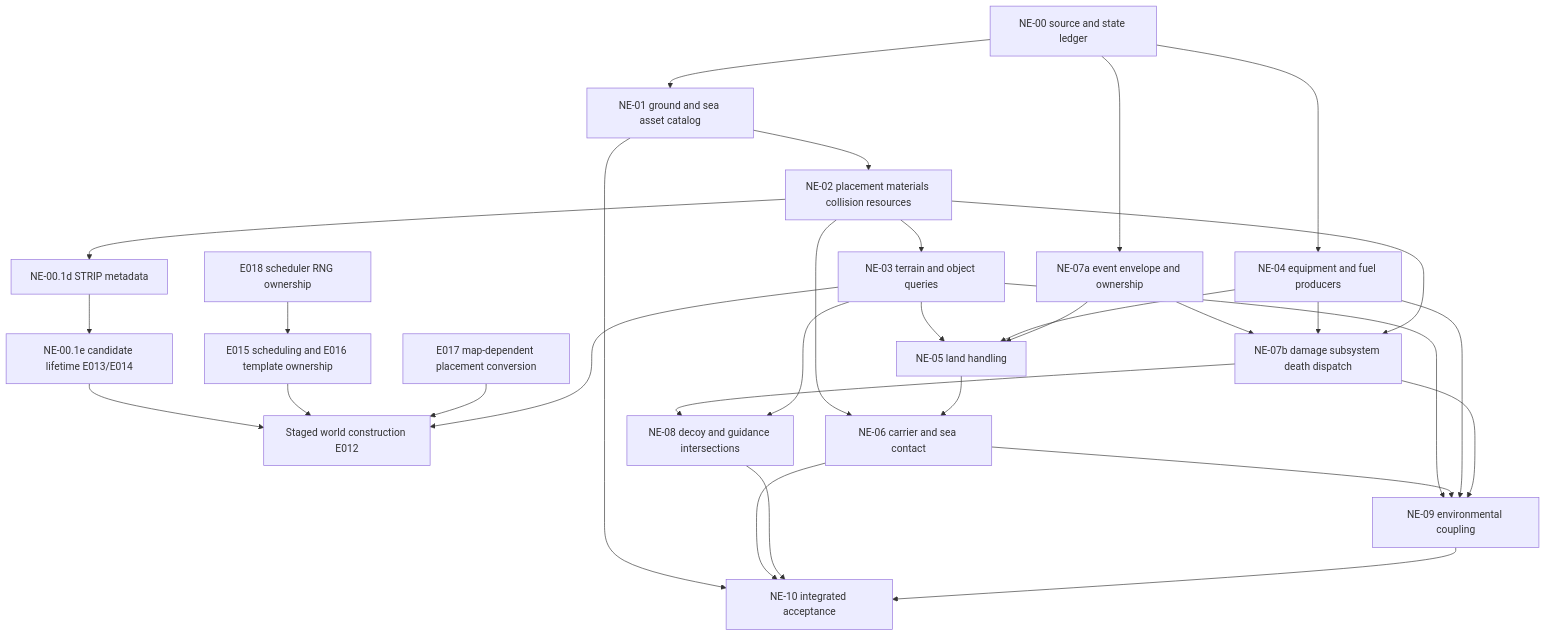
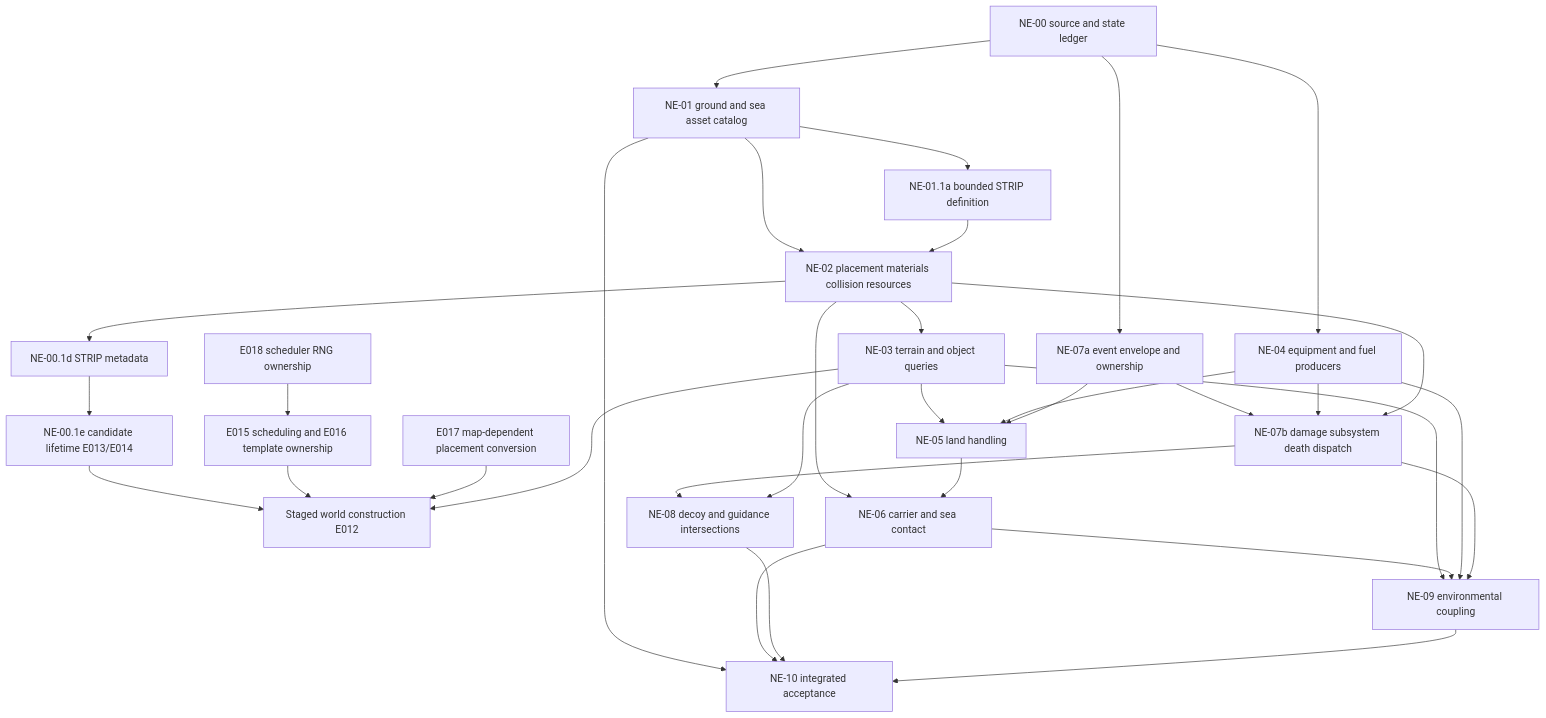
One commit to john-overton/T.O.R.E-Fighters changed the diagram in docs/native-environment-systems-plan.md. Above: the diagram before and after it, drawn with Mermaid. The commit also changed other lines of this file and 10 other files, not shown here.

Commit message:
Read bounded STRIP definition metadata and explicit shape references

````diff
--- a/docs/native-environment-systems-plan.md
+++ b/docs/native-environment-systems-plan.md
@@ -164,33 +165,35 @@
 ```mermaid
 flowchart TD
   A[NE-00 source and state ledger] --> B[NE-01 ground and sea asset catalog]
   B --> C[NE-02 placement materials collision resources]
+  B --> O[NE-01.1a bounded STRIP definition]
+  O --> C
   C --> S[NE-00.1d STRIP metadata]
   S --> R[NE-00.1e candidate lifetime E013/E014]
   R --> W[Staged world construction E012]
   T[E015 scheduling and E016 template ownership] --> W
   U[E018 scheduler RNG ownership] --> T
   V[E017 map-dependent placement conversion] --> W
   F --> W
   A --> D[NE-04 equipment and fuel producers]
   A --> E[NE-07a event envelope and ownership]
   C --> F[NE-03 terrain and object queries]
   F --> G[NE-05 land handling]
   D --> G
   E --> G
   C --> H[NE-06 carrier and sea contact]
   G --> H
   E --> I[NE-07b damage subsystem death dispatch]
   D --> I
   C --> I
   I --> J[NE-08 decoy and guidance intersections]
   F --> J
   F --> K[NE-09 environmental coupling]
   H --> K
   D --> K
   I --> K
   B --> L[NE-10 integrated acceptance]
   H --> L
   J --> L
   K --> L
 ```
````
